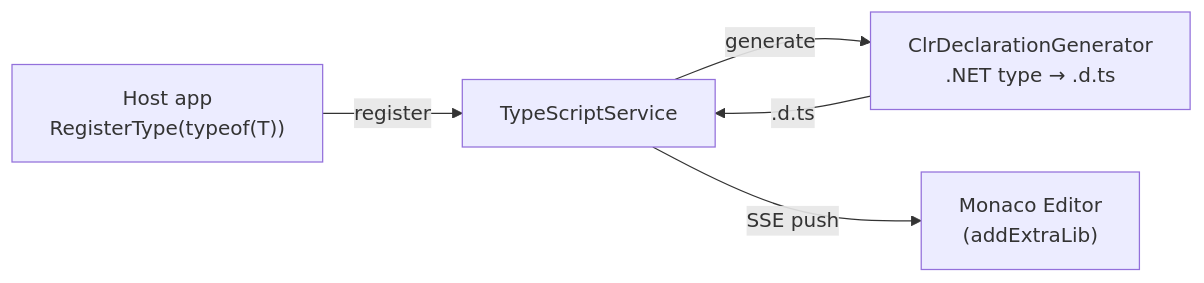
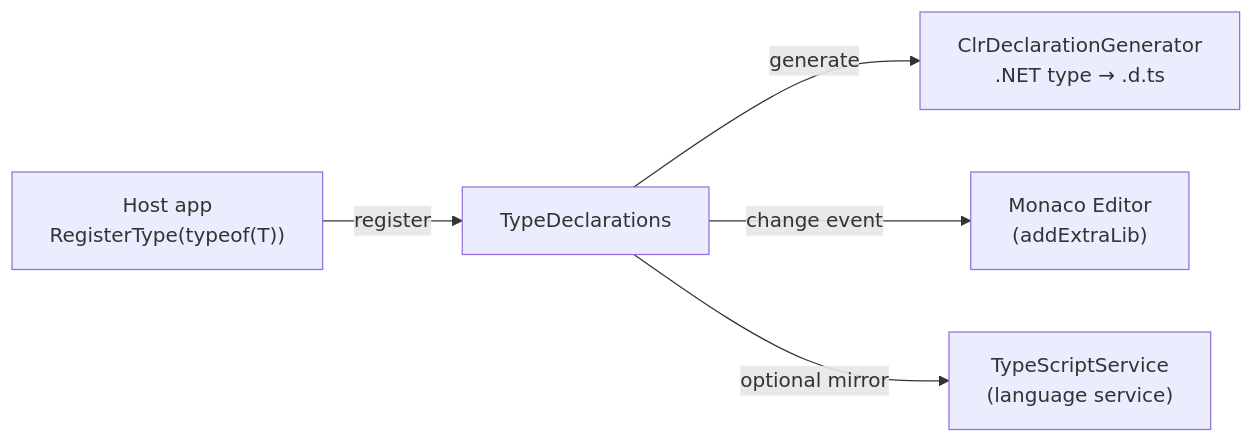
The second of 2 diagrams in docs/architecture.md (takeshik/Duets), drawn with Mermaid before and after one commit. The commit also changed other lines of this file and 14 other files, not shown here.

````diff
--- a/docs/architecture.md
+++ b/docs/architecture.md
@@ -67,7 +69,7 @@
 ```mermaid
 flowchart LR
-    Host["Host app\nRegisterType(typeof(T))"] -->|register| TS[TypeScriptService]
-    TS -->|generate| CG["ClrDeclarationGenerator\n.NET type → .d.ts"]
-    CG -->|.d.ts| TS
-    TS -->|"SSE push"| Monaco["Monaco Editor\n(addExtraLib)"]
+    Host["Host app\nRegisterType(typeof(T))"] -->|register| TD[TypeDeclarations]
+    TD -->|generate| CG["ClrDeclarationGenerator\n.NET type → .d.ts"]
+    TD -->|"change event"| Monaco["Monaco Editor\n(addExtraLib)"]
+    TD -->|"optional mirror"| TS["TypeScriptService\n(language service)"]
 ```
````
